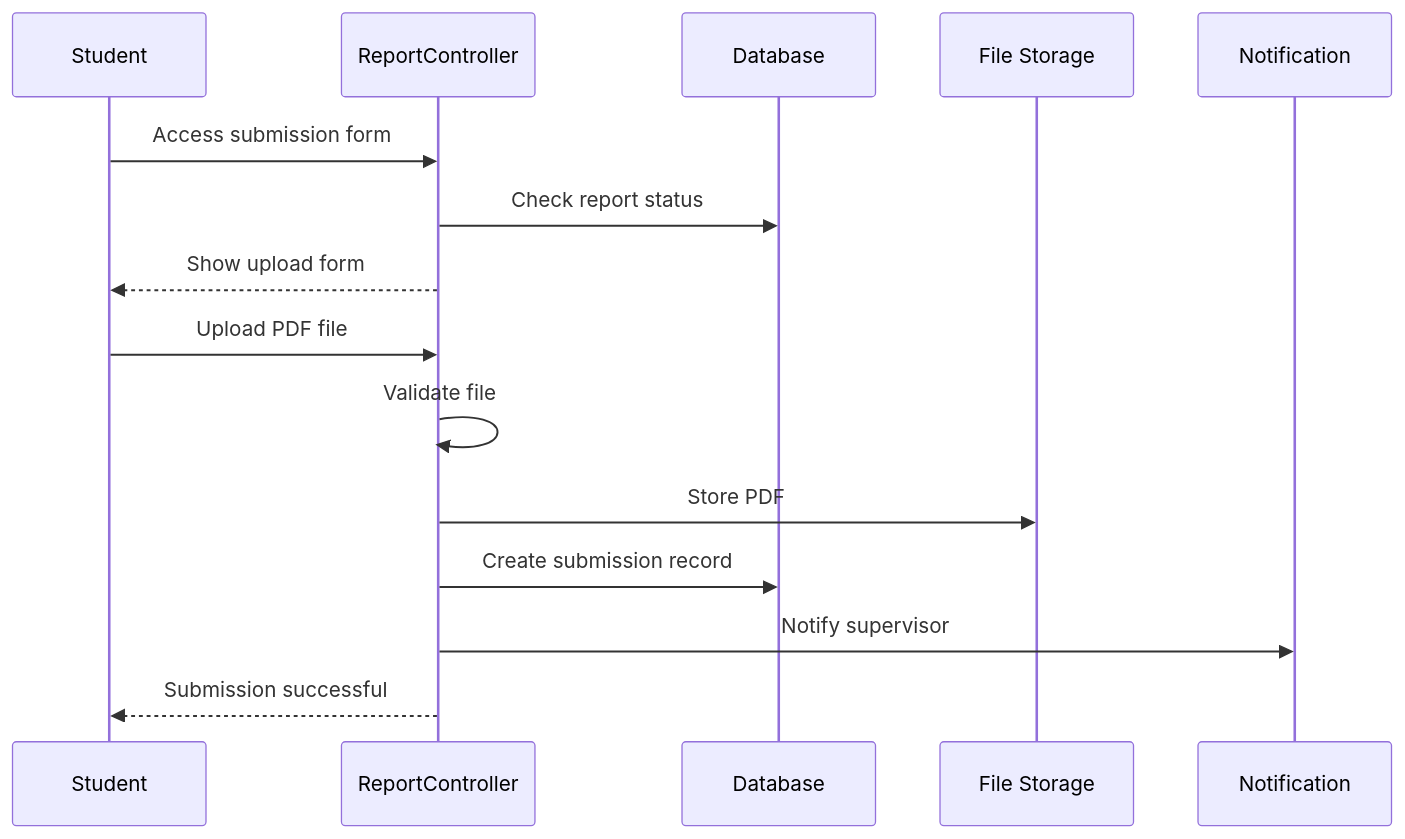
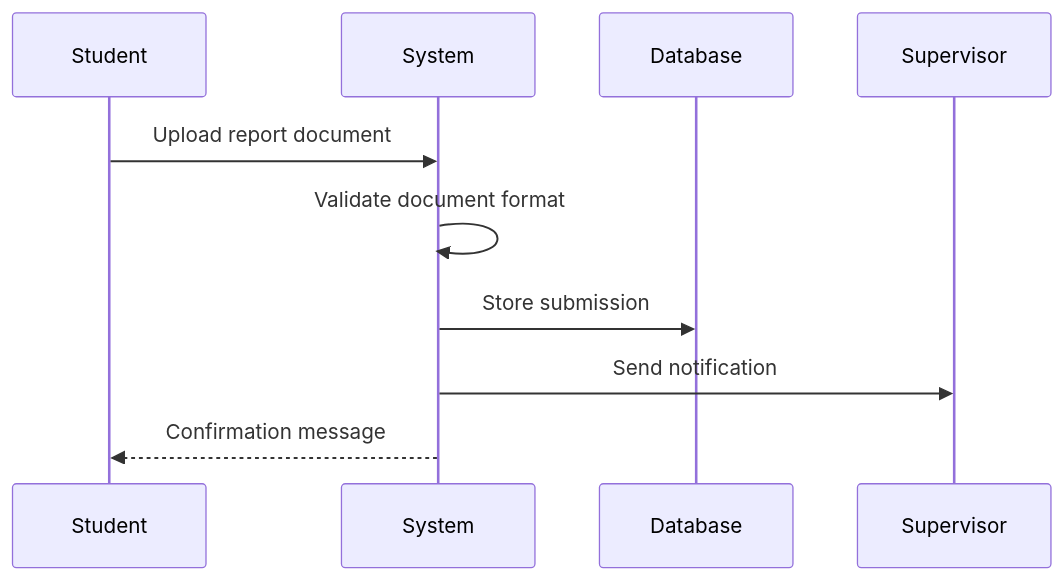
Before and after one commit to abdullah2323442/thesisrepo-backup: the third of 16 diagrams in sequence.md, drawn with Mermaid. The commit also changed other lines of this file, not shown here.

Commit message:
refactor(sequence-diagrams): Revise sequence diagrams for improved clarity and organization of system workflows

````diff
--- a/sequence.md
+++ b/sequence.md
@@ -102,18 +63,13 @@
 ```mermaid
 sequenceDiagram
-    participant S as Student
-    participant RC as ReportController
-    participant DB as Database
-    participant FS as File Storage
-    participant N as Notification
+    participant Student
+    participant System
+    participant Database
+    participant Supervisor
 
-    S->>RC: Access submission form
-    RC->>DB: Check report status
-    RC-->>S: Show upload form
-    S->>RC: Upload PDF file
-    RC->>RC: Validate file
-    RC->>FS: Store PDF
-    RC->>DB: Create submission record
-    RC->>N: Notify supervisor
-    RC-->>S: Submission successful
+    Student->>System: Upload report document
+    System->>System: Validate document format
+    System->>Database: Store submission
+    System->>Supervisor: Send notification
+    System-->>Student: Confirmation message
 ```
````
